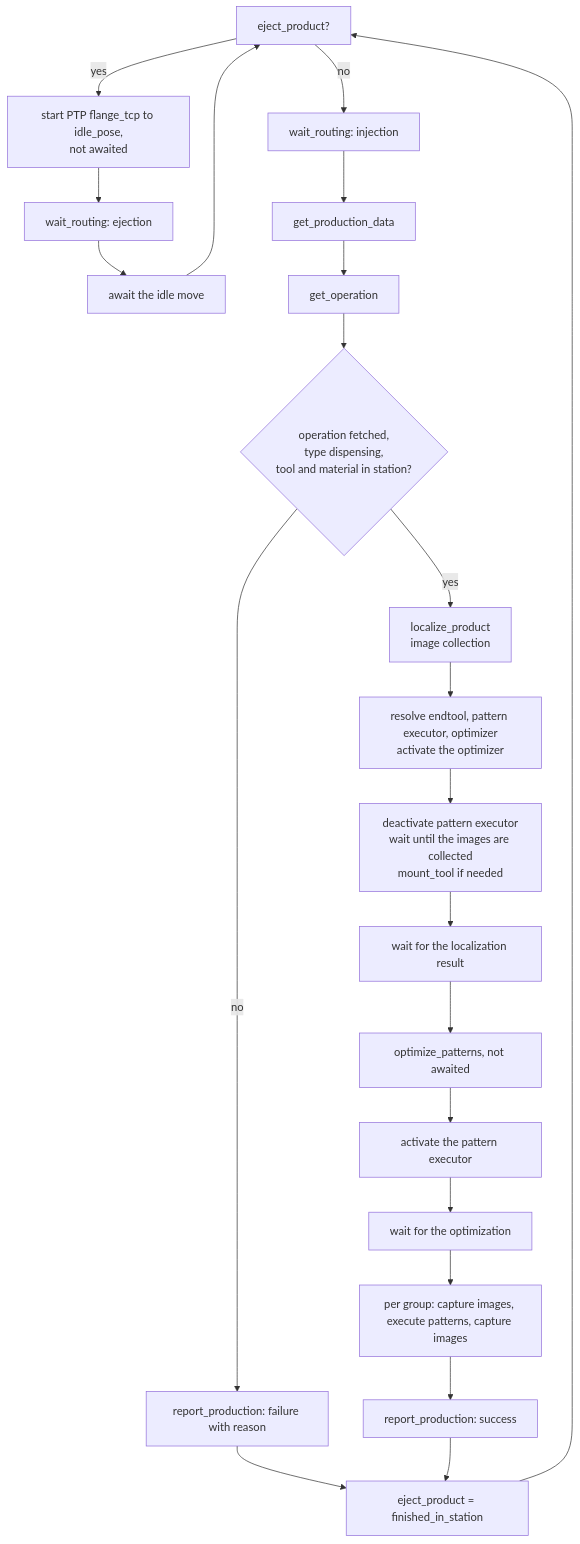
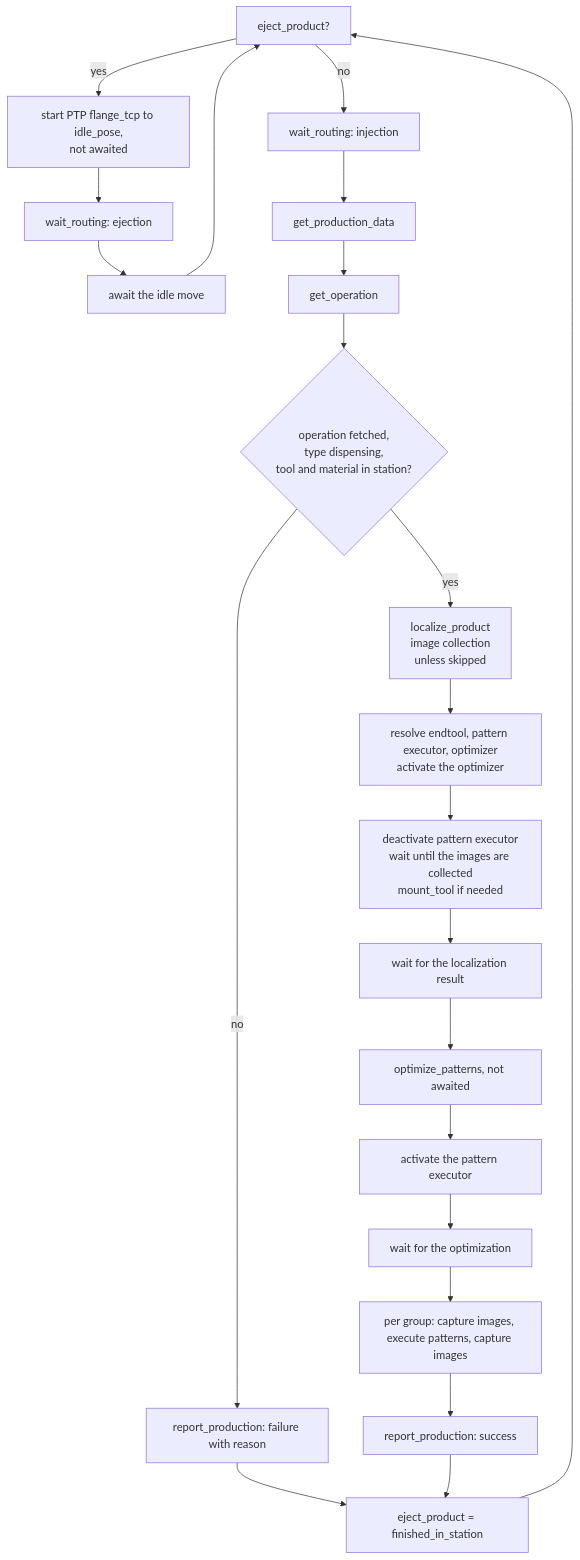
Before and after one commit to rongardF/autofactory: the diagram in src/manufacturing_executor/README.md, drawn with Mermaid. The commit also changed other lines of this file and 5 other files, not shown here.

````diff
--- a/src/manufacturing_executor/README.md
+++ b/src/manufacturing_executor/README.md
@@ -45,20 +46,20 @@
 ```mermaid
 flowchart TD
     A[eject_product?] -- yes --> P[start PTP flange_tcp to idle_pose,<br/>not awaited] --> B[wait_routing: ejection] --> W[await the idle move] --> A
     A -- no --> C[wait_routing: injection]
     C --> D[get_production_data]
     D --> E[get_operation]
     E --> F{operation fetched,<br/>type dispensing,<br/>tool and material in station?}
     F -- no --> R1[report_production: failure with reason]
     R1 --> X[eject_product = finished_in_station] --> A
-    F -- yes --> G[localize_product<br/>image collection]
+    F -- yes --> G[localize_product<br/>image collection<br/>unless skipped]
     G --> H[resolve endtool, pattern executor, optimizer<br/>activate the optimizer]
     H --> I[deactivate pattern executor<br/>wait until the images are collected<br/>mount_tool if needed]
     I --> J[wait for the localization result]
     J --> K[optimize_patterns, not awaited]
     K --> L[activate the pattern executor]
     L --> M[wait for the optimization]
     M --> N[per group: capture images, execute patterns, capture images]
     N --> R2[report_production: success]
     R2 --> X
 ```
````
